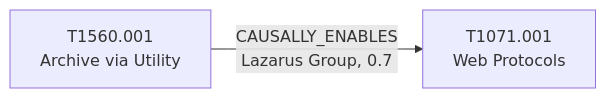
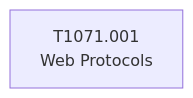
The diagram in docs/attack-patterns/T1071.001-web-protocols.md (HungryBrain-bot/attackKnowledgeGraph), drawn with Mermaid before and after one commit. The commit also changed other lines of this file and 22 other files, not shown here.

First line of the commit message:
fix: re-audit all 17 semantic edges against primary sources; keep 5

````diff
--- a/docs/attack-patterns/T1071.001-web-protocols.md
+++ b/docs/attack-patterns/T1071.001-web-protocols.md
@@ -48,6 +56,5 @@
 ```mermaid
 flowchart LR
     T_T1071_001["T1071.001<br/>Web Protocols"]
-    T_T1560_001["T1560.001<br/>Archive via Utility"]
-    T_T1560_001 -->|"CAUSALLY_ENABLES<br/>Lazarus Group, 0.7"| T_T1071_001
+    %% no semantic edges touch T1071.001 yet
 ```
````
